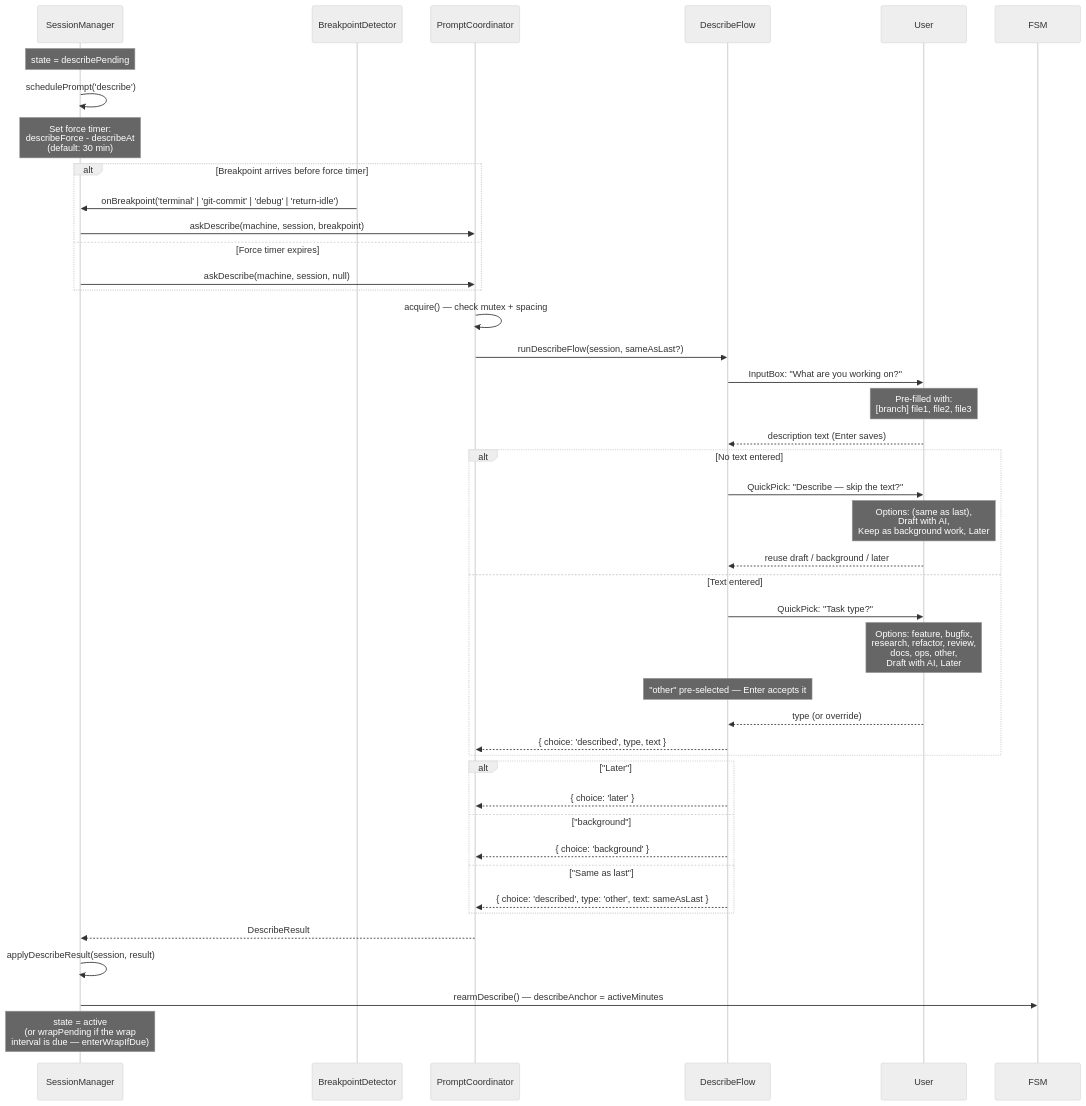
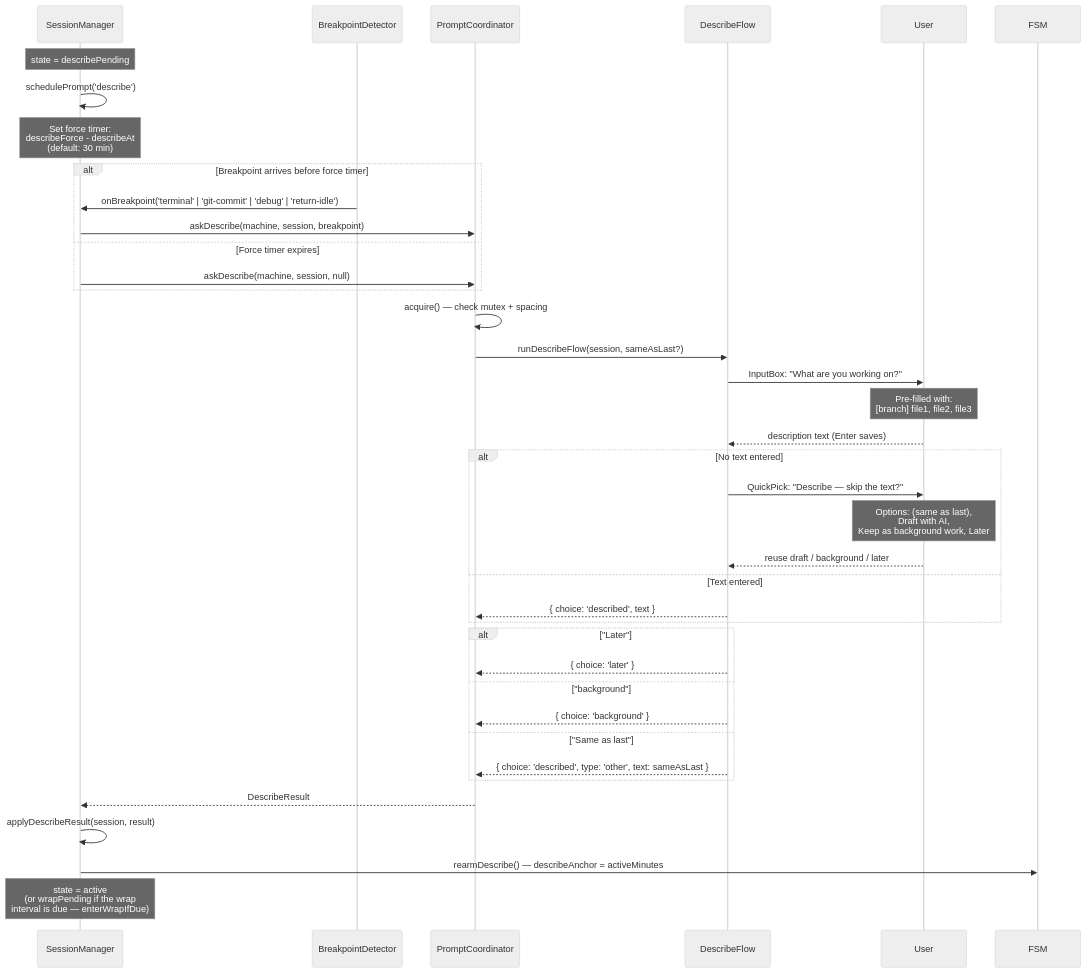
One commit to lawaty/lalog changed the fifth of 7 diagrams in docs/architecture.md. Above: the diagram before and after it, drawn with Mermaid (neutral theme). The commit also changed 20 other files, not shown here.

Commit message:
Remove task types and save describe text directly as an update

````diff
--- a/docs/architecture.md
+++ b/docs/architecture.md
@@ -352,51 +352,47 @@
 ```mermaid
 sequenceDiagram
     participant SM as SessionManager
     participant BD as BreakpointDetector
     participant PC as PromptCoordinator
     participant DF as DescribeFlow
     participant User as User
 
     Note over SM: state = describePending
 
     SM->>SM: schedulePrompt('describe')
     Note over SM: Set force timer:<br/>describeForce - describeAt<br/>(default: 30 min)
 
     alt Breakpoint arrives before force timer
         BD->>SM: onBreakpoint('terminal' | 'git-commit' | 'debug' | 'return-idle')
         SM->>PC: askDescribe(machine, session, breakpoint)
     else Force timer expires
         SM->>PC: askDescribe(machine, session, null)
     end
 
     PC->>PC: acquire() — check mutex + spacing
     PC->>DF: runDescribeFlow(session, sameAsLast?)
     DF->>User: InputBox: "What are you working on?"
     Note over User: Pre-filled with:<br/>[branch] file1, file2, file3
     User-->>DF: description text (Enter saves)
 
     alt No text entered
         DF->>User: QuickPick: "Describe — skip the text?"
         Note over User: Options: (same as last),<br/>Draft with AI,<br/>Keep as background work, Later
         User-->>DF: reuse draft / background / later
     else Text entered
-        DF->>User: QuickPick: "Task type?"
-        Note over User: Options: feature, bugfix,<br/>research, refactor, review,<br/>docs, ops, other,<br/>Draft with AI, Later
-        Note over DF: "other" pre-selected — Enter accepts it
-        User-->>DF: type (or override)
-        DF-->>PC: { choice: 'described', type, text }
+        DF-->>PC: { choice: 'described', text }
     end
 
     alt "Later"
         DF-->>PC: { choice: 'later' }
     else "background"
         DF-->>PC: { choice: 'background' }
     else "Same as last"
         DF-->>PC: { choice: 'described', type: 'other', text: sameAsLast }
     end
 
     PC-->>SM: DescribeResult
     SM->>SM: applyDescribeResult(session, result)
     SM->>FSM: rearmDescribe() — describeAnchor = activeMinutes
     Note over SM: state = active<br/>(or wrapPending if the wrap<br/>interval is due — enterWrapIfDue)
 ```
````
